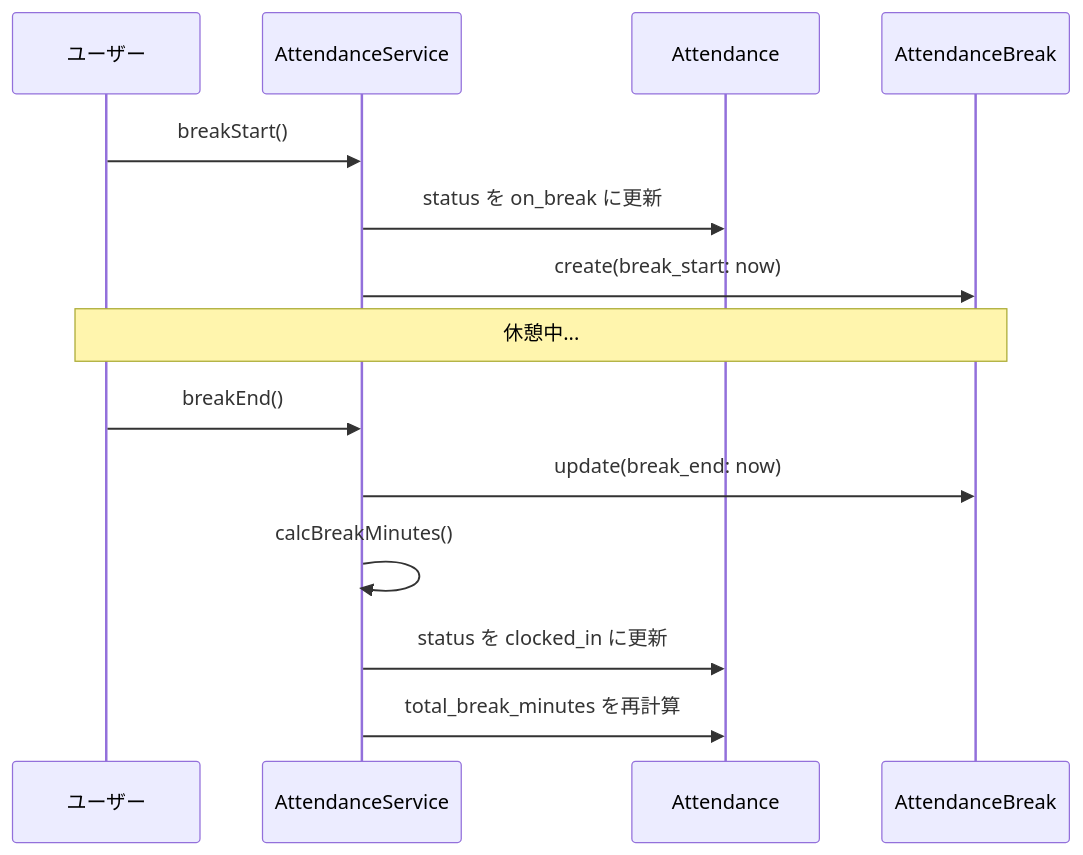
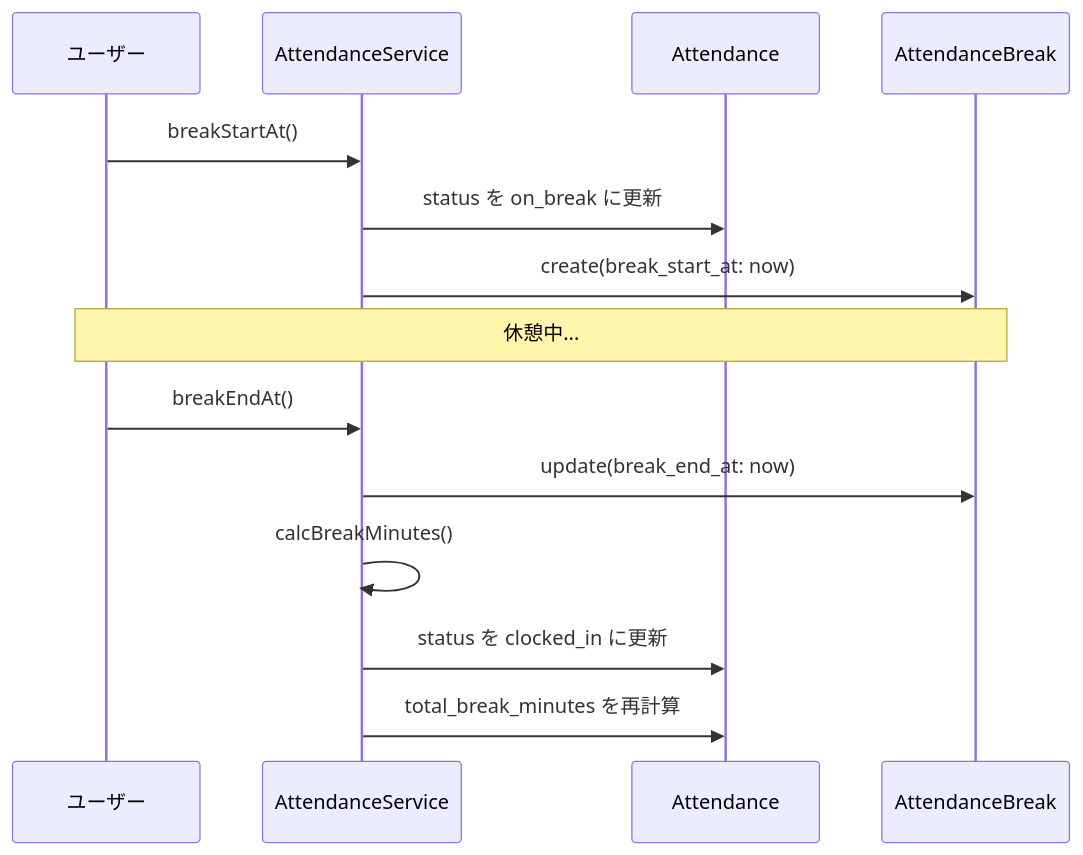
One commit to miyazakisora111/time-attendance changed the third of 3 diagrams in docs/dev/break-time-management.md. Above: the diagram before and after it, drawn with Mermaid. The commit also changed other lines of this file and 28 other files, not shown here.

````diff
--- a/docs/dev/break-time-management.md
+++ b/docs/dev/break-time-management.md
@@ -43,19 +43,19 @@
 ```mermaid
 sequenceDiagram
     participant U as ユーザー
     participant S as AttendanceService
     participant A as Attendance
     participant B as AttendanceBreak
 
-    U->>S: breakStart()
+    U->>S: breakStartAt()
     S->>A: status を on_break に更新
-    S->>B: create(break_start: now)
+    S->>B: create(break_start_at: now)
 
     Note over U,B: 休憩中...
 
-    U->>S: breakEnd()
-    S->>B: update(break_end: now)
+    U->>S: breakEndAt()
+    S->>B: update(break_end_at: now)
     S->>S: calcBreakMinutes()
     S->>A: status を clocked_in に更新
     S->>A: total_break_minutes を再計算
 ```
````
